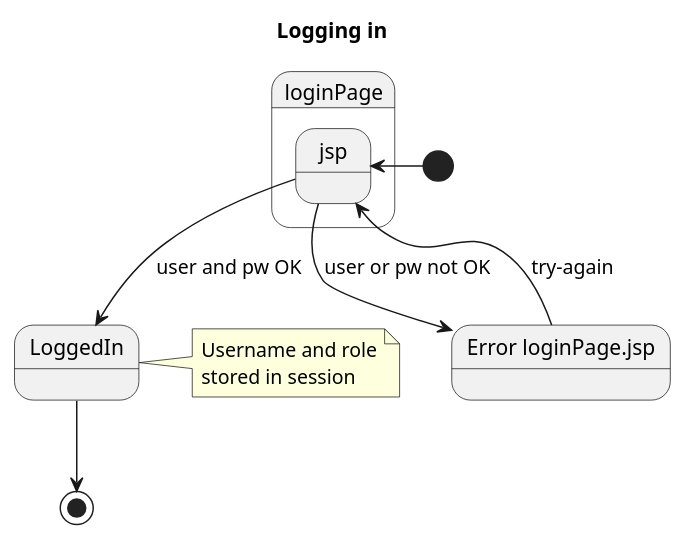
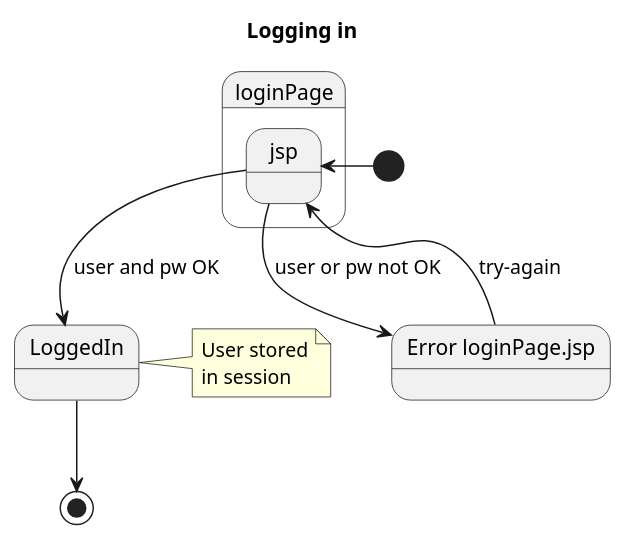
Before and after one commit to NikolajX4000/CupCakeWebShop: the diagram in src/main/java/UML/LoginDiagram.puml, drawn with PlantUML.

Commit message:
Login Diagram UD

```diff
--- a/src/main/java/UML/LoginDiagram.puml
+++ b/src/main/java/UML/LoginDiagram.puml
@@ -1,21 +1,21 @@
 @startuml
 skinparam backgroundColor wihte
 skinparam Shadowing false
 
 Title Logging in
 State loginPage.jsp
 State "Error loginPage.jsp" as error
 State LoggedIn
 
 note right of LoggedIn
-Username and role
-stored in session
+User stored
+in session
 end note
 
 [*] -> loginPage.jsp
 loginPage.jsp --> LoggedIn : user and pw OK
 error --> loginPage.jsp : try-again
 loginPage.jsp --> error : user or pw not OK
 LoggedIn --> [*]
 
 @enduml
```
